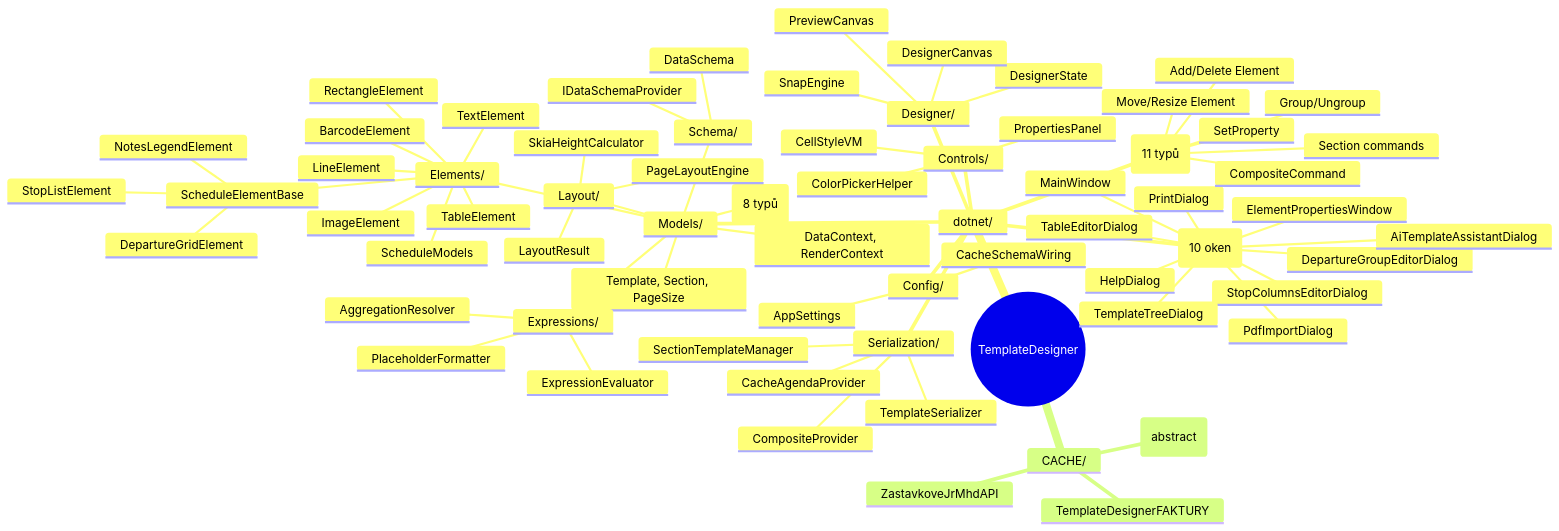
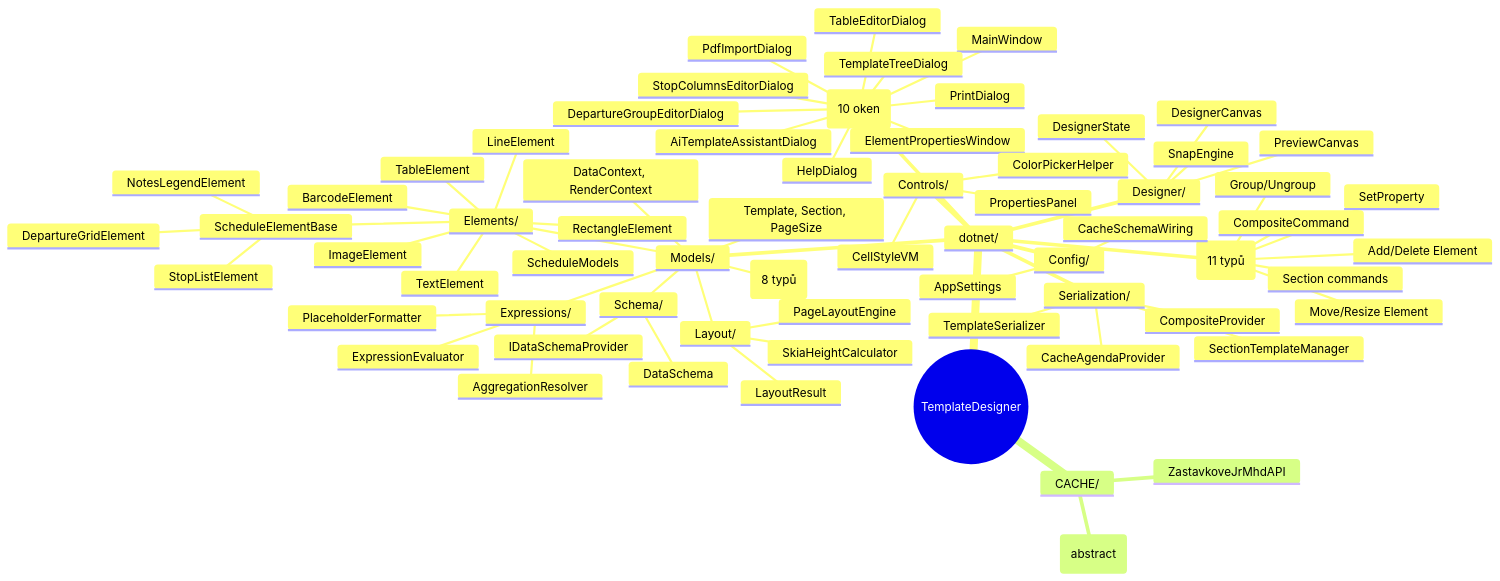
One commit to dracekmartin/EDISON2-projekt changed the ninth of 9 diagrams in TemplateDesigner/.claude/docs/architecture-diagrams.md. Above: the diagram before and after it, drawn with Mermaid. The commit also changed other lines of this file and 19 other files, not shown here.

````diff
--- a/TemplateDesigner/.claude/docs/architecture-diagrams.md
+++ b/TemplateDesigner/.claude/docs/architecture-diagrams.md
@@ -467,71 +465,70 @@
 ```mermaid
 mindmap
   root((TemplateDesigner))
     dotnet/
       Models/
         Template, Section, PageSize
         DataContext, RenderContext
         PropertyDescriptor (8 typů)
         Elements/
           TextElement
           ImageElement
           RectangleElement
           LineElement
           BarcodeElement
           TableElement
           ScheduleElementBase
             StopListElement
             DepartureGridElement
             NotesLegendElement
           ScheduleModels
         Layout/
           PageLayoutEngine
           SkiaHeightCalculator
           LayoutResult
         Schema/
           DataSchema
           IDataSchemaProvider
         Expressions/
           ExpressionEvaluator
           PlaceholderFormatter
           AggregationResolver
       Windows/ (10 oken)
         MainWindow
         ElementPropertiesWindow
         TableEditorDialog
         StopColumnsEditorDialog
         DepartureGroupEditorDialog
         PrintDialog
         PdfImportDialog
         AiTemplateAssistantDialog
         TemplateTreeDialog
         HelpDialog
       Designer/
         DesignerState
         DesignerCanvas
         PreviewCanvas
         SnapEngine
       Controls/
         PropertiesPanel
         CellStyleVM
         ColorPickerHelper
       Commands/ (11 typů)
         Add/Delete Element
         Move/Resize Element
         SetProperty
         Section commands
         Group/Ungroup
         CompositeCommand
       Serialization/
         TemplateSerializer
         CacheAgendaProvider
         CompositeProvider
         SectionTemplateManager
       Config/
         AppSettings
         CacheSchemaWiring
     CACHE/
       AgendaAPI (abstract)
       ZastavkoveJrMhdAPI
-      TemplateDesignerFAKTURY
 ```
````
